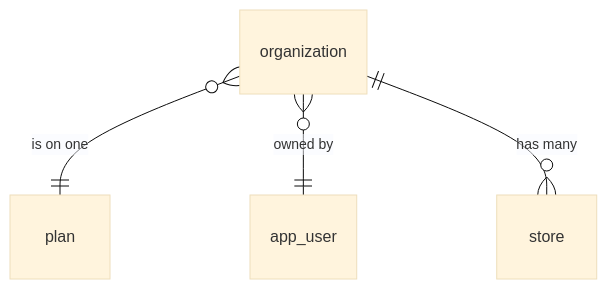
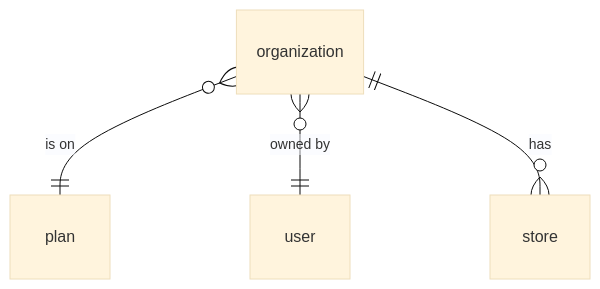
Before and after one commit to Shahrukh489/gekkosuite-api: the first of 7 diagrams in docs/database.md, drawn with Mermaid (base theme). The commit also changed other lines of this file, not shown here.

Commit message:
working on db er diagram

````diff
--- a/docs/database.md
+++ b/docs/database.md
@@ -133,6 +136,6 @@
 ```mermaid
 erDiagram
-    organization }o--|| plan : "is on one"
-    organization }o--|| app_user : "owned by"
-    organization ||--o{ store : "has many"
+    organization }o--|| plan : "is on"
+    organization }o--|| user : "owned by"
+    organization ||--o{ store : "has"
 ```
````
